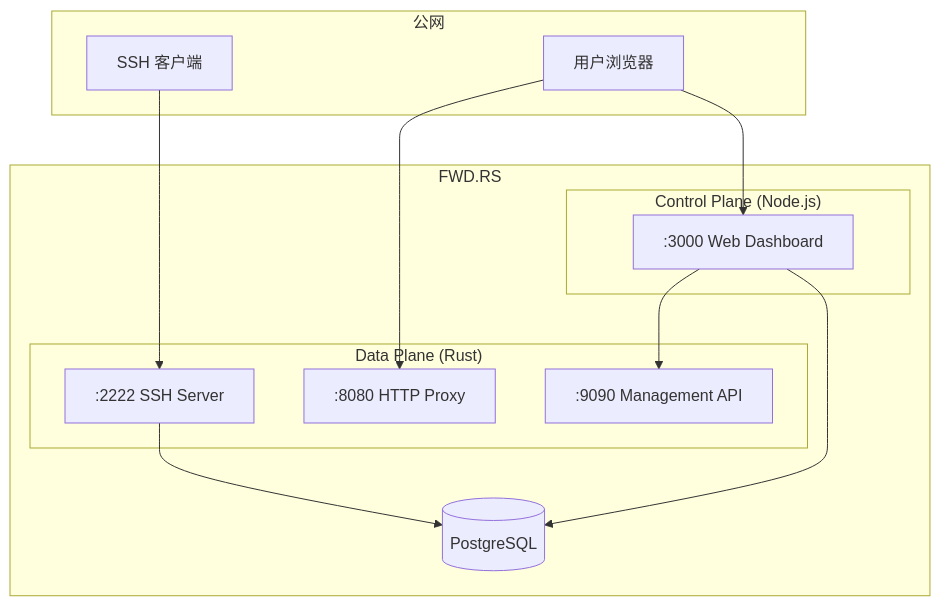
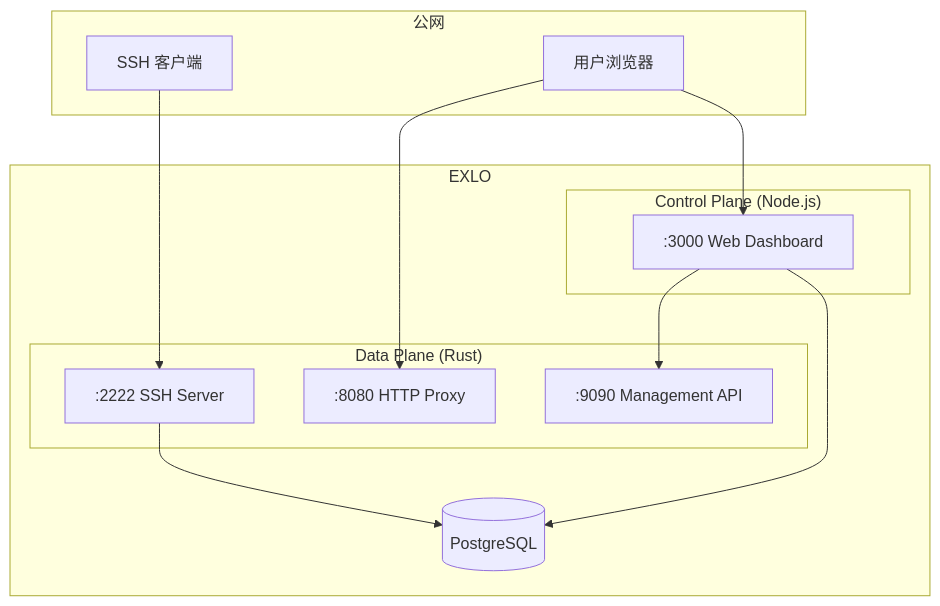
Before and after one commit to ZingerLittleBee/EXLO: the first of 3 diagrams in apps/docs/content/docs/architecture.mdx, drawn with Mermaid. The commit also changed other lines of this file and 8 other files, not shown here.

Commit message:
refactor: rename FWD.RS to EXLO across the codebase and documentation.

````diff
--- a/apps/docs/content/docs/architecture.mdx
+++ b/apps/docs/content/docs/architecture.mdx
@@ -11,28 +11,28 @@
 ```mermaid
 flowchart TB
     subgraph public["公网"]
         client[SSH 客户端]
         browser[用户浏览器]
     end
 
-    subgraph cluster["FWD.RS"]
+    subgraph cluster["EXLO"]
         subgraph data["Data Plane (Rust)"]
             ssh[":2222 SSH Server"]
             proxy[":8080 HTTP Proxy"]
             mgmt[":9090 Management API"]
         end
 
         subgraph control["Control Plane (Node.js)"]
             web[":3000 Web Dashboard"]
         end
 
         db[(PostgreSQL)]
     end
 
     client --> ssh
     browser --> proxy
     browser --> web
     web --> mgmt
     ssh --> db
     web --> db
 ```
````
